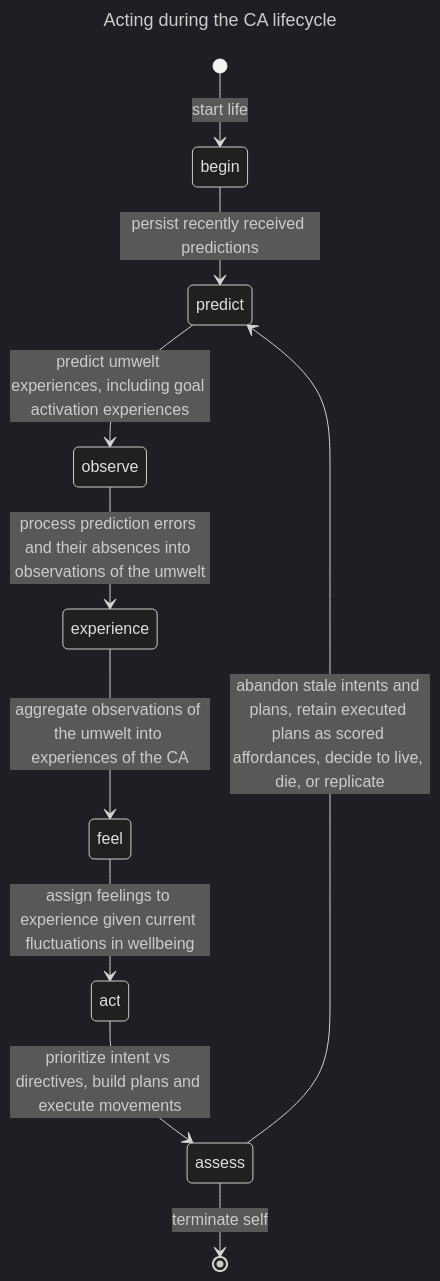
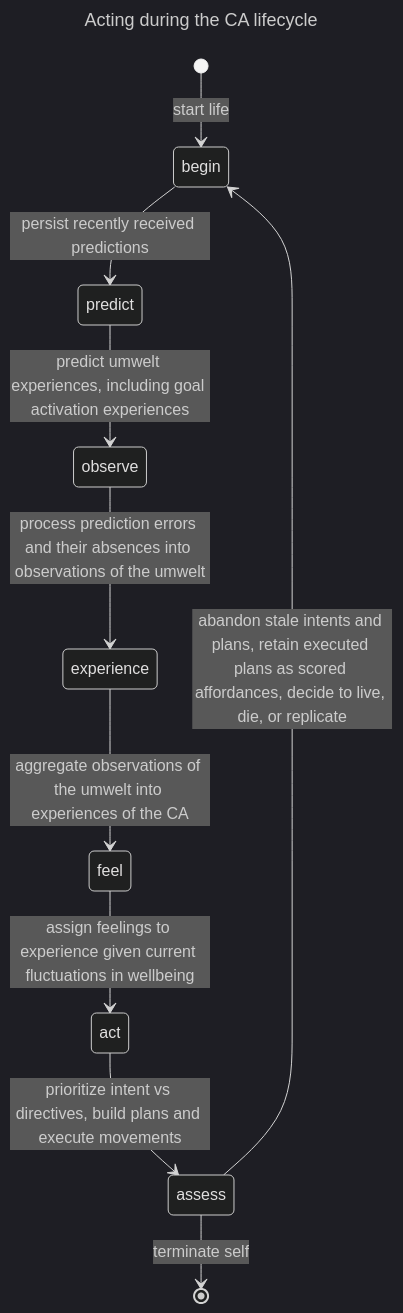
The first of 2 diagrams in design_notes/acting.md (jfcloutier/karma_system), drawn with Mermaid (dark theme) before and after one commit. The commit also changed other lines of this file, not shown here.

````diff
--- a/design_notes/acting.md
+++ b/design_notes/acting.md
@@ -61,15 +63,15 @@
 ```mermaid
 ---
 title: Acting during the CA lifecycle
 ---
 stateDiagram-v2
   [*] --> begin : start life
   begin --> predict : persist recently received predictions
   predict --> observe : predict umwelt experiences, including goal activation experiences
   observe --> experience : process prediction errors and their absences into observations of the umwelt
   experience --> feel : aggregate observations of the umwelt into experiences of the CA
   feel --> act : assign feelings to experience given current fluctuations in wellbeing
   act --> assess : prioritize intent vs directives, build plans and execute movements
-  assess --> predict : abandon stale intents and plans, retain executed plans as scored affordances, decide to live, die, or replicate
+  assess --> begin : abandon stale intents and plans, retain executed plans as scored affordances, decide to live, die, or replicate
   assess --> [*] : terminate self
 ```
````
